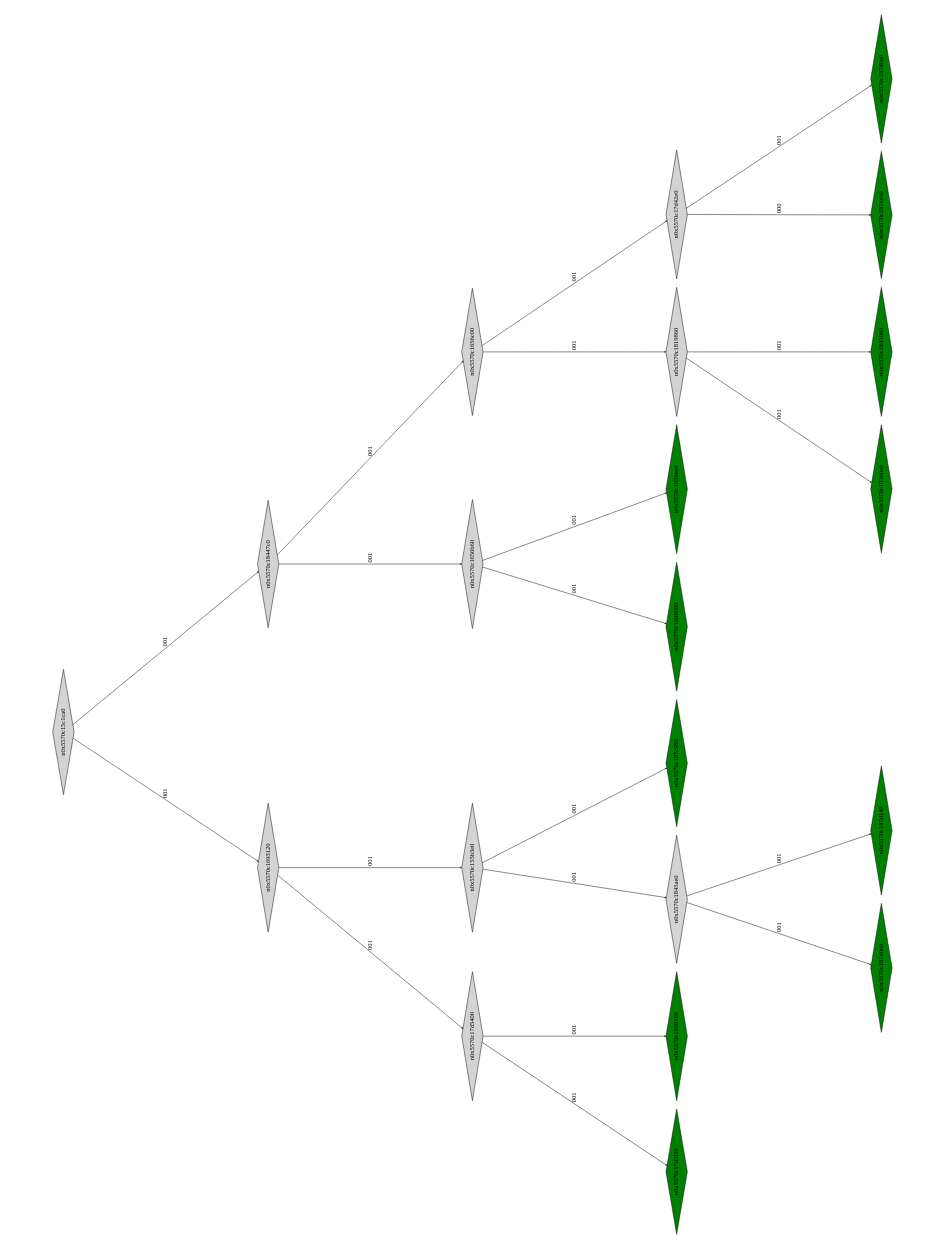
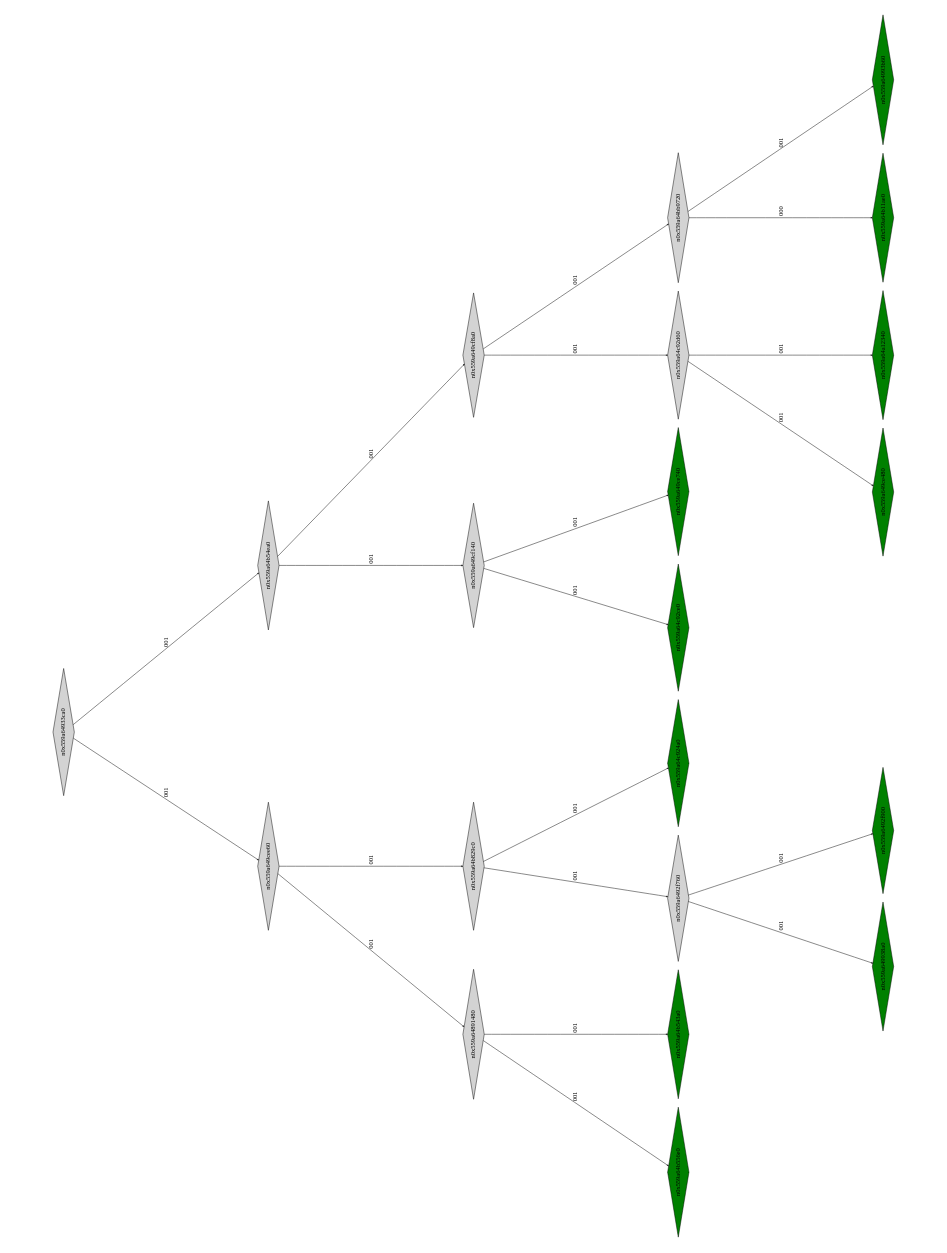
One commit to Research-Tools-PAVT/PSE-Program-Examples changed the diagram in montyhall_klee_out/ptree_00001113.dot. Above: the diagram before and after it, drawn with Graphviz. The commit also changed 42 other files, not shown here.

```diff
--- a/montyhall_klee_out/ptree_00001113.dot
+++ b/montyhall_klee_out/ptree_00001113.dot
@@ -1,49 +1,49 @@
 digraph G {
 	size="10,7.5";
 	ratio=fill;
 	rotate=90;
 	center = "true";
 	node [style="filled",width=.1,height=.1,fontname="Terminus"]
 	edge [arrowsize=.3]
-	n0x5570c15c1ca0 [shape=diamond];
-	n0x5570c15c1ca0 -> n0x5570c1693120 [label=001];
-	n0x5570c15c1ca0 -> n0x5570c18447c0 [label=001];
-	n0x5570c18447c0 [shape=diamond];
-	n0x5570c18447c0 -> n0x5570c1656b60 [label=001];
-	n0x5570c18447c0 -> n0x5570c1656c00 [label=001];
-	n0x5570c1656c00 [shape=diamond];
-	n0x5570c1656c00 -> n0x5570c1819860 [label=001];
-	n0x5570c1656c00 -> n0x5570c17d42e0 [label=001];
-	n0x5570c17d42e0 [shape=diamond];
-	n0x5570c17d42e0 -> n0x5570c187ce60 [label=000];
-	n0x5570c17d42e0 -> n0x5570c187d9a0 [label=001];
-	n0x5570c187d9a0 [shape=diamond,fillcolor=green];
-	n0x5570c187ce60 [shape=diamond,fillcolor=green];
-	n0x5570c1819860 [shape=diamond];
-	n0x5570c1819860 -> n0x5570c19560a0 [label=001];
-	n0x5570c1819860 -> n0x5570c1845080 [label=001];
-	n0x5570c1845080 [shape=diamond,fillcolor=green];
-	n0x5570c19560a0 [shape=diamond,fillcolor=green];
-	n0x5570c1656b60 [shape=diamond];
-	n0x5570c1656b60 -> n0x5570c16d6000 [label=001];
-	n0x5570c1656b60 -> n0x5570c1956ee0 [label=001];
-	n0x5570c1956ee0 [shape=diamond,fillcolor=green];
-	n0x5570c16d6000 [shape=diamond,fillcolor=green];
-	n0x5570c1693120 [shape=diamond];
-	n0x5570c1693120 -> n0x5570c17d5400 [label=001];
-	n0x5570c1693120 -> n0x5570c155b3e0 [label=001];
-	n0x5570c155b3e0 [shape=diamond];
-	n0x5570c155b3e0 -> n0x5570c1845ae0 [label=001];
-	n0x5570c155b3e0 -> n0x5570c187c980 [label=001];
-	n0x5570c187c980 [shape=diamond,fillcolor=green];
-	n0x5570c1845ae0 [shape=diamond];
-	n0x5570c1845ae0 -> n0x5570c187d0e0 [label=001];
-	n0x5570c1845ae0 -> n0x5570c187d140 [label=001];
-	n0x5570c187d140 [shape=diamond,fillcolor=green];
-	n0x5570c187d0e0 [shape=diamond,fillcolor=green];
-	n0x5570c17d5400 [shape=diamond];
-	n0x5570c17d5400 -> n0x5570c17d5f20 [label=001];
-	n0x5570c17d5400 -> n0x5570c1956160 [label=001];
-	n0x5570c1956160 [shape=diamond,fillcolor=green];
-	n0x5570c17d5f20 [shape=diamond,fillcolor=green];
+	n0x559a64933ca0 [shape=diamond];
+	n0x559a64933ca0 -> n0x559a649cee60 [label=001];
+	n0x559a64933ca0 -> n0x559a64b54ea0 [label=001];
+	n0x559a64b54ea0 [shape=diamond];
+	n0x559a64b54ea0 -> n0x559a649cf140 [label=001];
+	n0x559a64b54ea0 -> n0x559a649cf8a0 [label=001];
+	n0x559a649cf8a0 [shape=diamond];
+	n0x559a649cf8a0 -> n0x559a64c92d60 [label=001];
+	n0x559a649cf8a0 -> n0x559a64bb9720 [label=001];
+	n0x559a64bb9720 [shape=diamond];
+	n0x559a64bb9720 -> n0x559a64b11ae0 [label=000];
+	n0x559a64bb9720 -> n0x559a64993b60 [label=001];
+	n0x559a64993b60 [shape=diamond,fillcolor=green];
+	n0x559a64b11ae0 [shape=diamond,fillcolor=green];
+	n0x559a64c92d60 [shape=diamond];
+	n0x559a64c92d60 -> n0x559a649ce480 [label=001];
+	n0x559a64c92d60 -> n0x559a64a12340 [label=001];
+	n0x559a64a12340 [shape=diamond,fillcolor=green];
+	n0x559a649ce480 [shape=diamond,fillcolor=green];
+	n0x559a649cf140 [shape=diamond];
+	n0x559a649cf140 -> n0x559a64c92ce0 [label=001];
+	n0x559a649cf140 -> n0x559a649ce740 [label=001];
+	n0x559a649ce740 [shape=diamond,fillcolor=green];
+	n0x559a64c92ce0 [shape=diamond,fillcolor=green];
+	n0x559a649cee60 [shape=diamond];
+	n0x559a649cee60 -> n0x559a64891480 [label=001];
+	n0x559a649cee60 -> n0x559a64b829c0 [label=001];
+	n0x559a64b829c0 [shape=diamond];
+	n0x559a64b829c0 -> n0x559a6492f760 [label=001];
+	n0x559a64b829c0 -> n0x559a64c924a0 [label=001];
+	n0x559a64c924a0 [shape=diamond,fillcolor=green];
+	n0x559a6492f760 [shape=diamond];
+	n0x559a6492f760 -> n0x559a649938a0 [label=001];
+	n0x559a6492f760 -> n0x559a6492f900 [label=001];
+	n0x559a6492f900 [shape=diamond,fillcolor=green];
+	n0x559a649938a0 [shape=diamond,fillcolor=green];
+	n0x559a64891480 [shape=diamond];
+	n0x559a64891480 -> n0x559a64b556e0 [label=001];
+	n0x559a64891480 -> n0x559a64b543a0 [label=001];
+	n0x559a64b543a0 [shape=diamond,fillcolor=green];
+	n0x559a64b556e0 [shape=diamond,fillcolor=green];
 }
```
